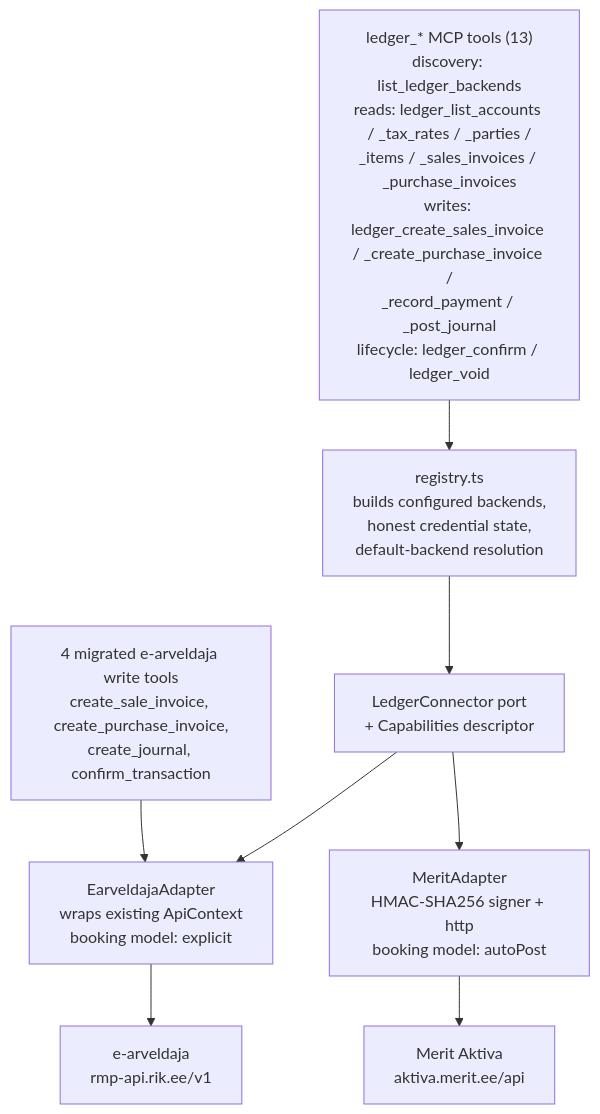
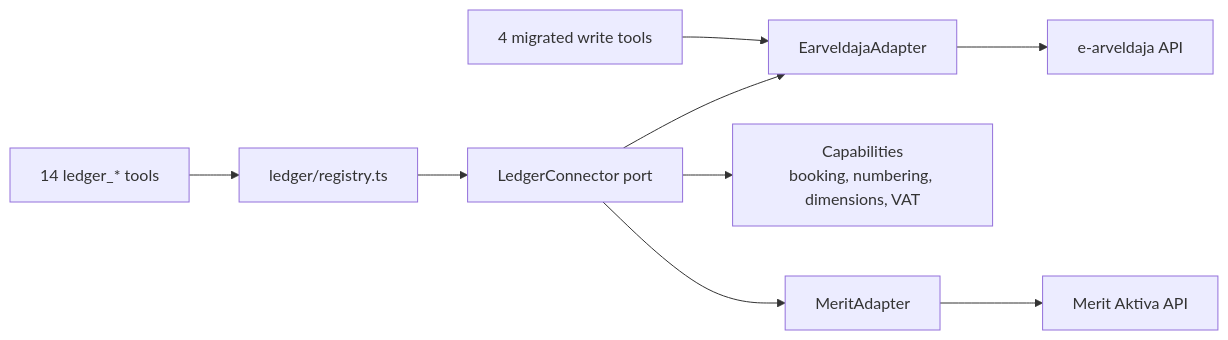
The third of 3 diagrams in ARCHITECTURE.md (jaakla/e-arveldaja-mcp), drawn with Mermaid before and after one commit. The commit also changed other lines of this file and 10 other files, not shown here.

First line of the commit message:
feat(ledger): audit logging for ledger writes, Merit transport hardening, ledger_upsert_party

````diff
--- a/ARCHITECTURE.md
+++ b/ARCHITECTURE.md
@@ -110,16 +108,13 @@
 ```mermaid
-graph TB
-    Tools["ledger_* MCP tools (13)\ndiscovery: list_ledger_backends\nreads: ledger_list_accounts / _tax_rates / _parties /\n_items / _sales_invoices / _purchase_invoices\nwrites: ledger_create_sales_invoice / _create_purchase_invoice /\n_record_payment / _post_journal\nlifecycle: ledger_confirm / ledger_void"]
-    Migrated["4 migrated e-arveldaja write tools\ncreate_sale_invoice, create_purchase_invoice,\ncreate_journal, confirm_transaction"]
-    Registry["registry.ts\nbuilds configured backends,\nhonest credential state,\ndefault-backend resolution"]
-    Port["LedgerConnector port\n+ Capabilities descriptor"]
-    EA["EarveldajaAdapter\nwraps existing ApiContext\nbooking model: explicit"]
-    Merit["MeritAdapter\nHMAC-SHA256 signer + http\nbooking model: autoPost"]
-    EArvAPI["e-arveldaja\nrmp-api.rik.ee/v1"]
-    MeritAPI["Merit Aktiva\naktiva.merit.ee/api"]
+flowchart LR
+    LedgerTools["14 ledger_* tools"] --> Registry["ledger/registry.ts"]
+    Migrated["4 migrated write tools"] --> EA["EarveldajaAdapter"]
 
-    Tools --> Registry --> Port
-    Migrated --> EA
-    Port --> EA --> EArvAPI
-    Port --> Merit --> MeritAPI
+    Registry --> Port["LedgerConnector port"]
+    Port --> Capabilities["Capabilities\nbooking, numbering, dimensions, VAT"]
+    Port --> EA
+    Port --> Merit["MeritAdapter"]
+
+    EA --> EArvAPI["e-arveldaja API"]
+    Merit --> MeritAPI["Merit Aktiva API"]
 ```
````
